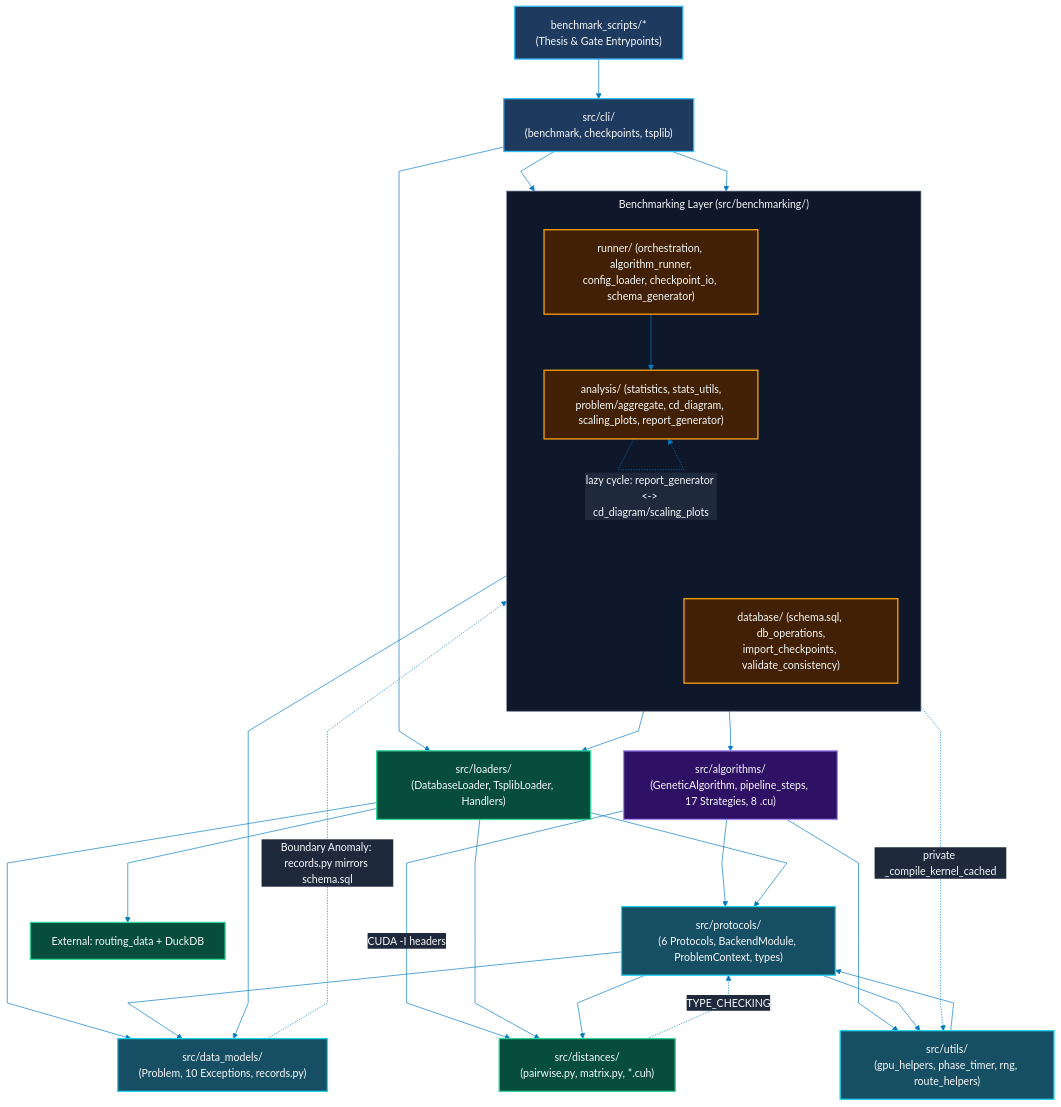
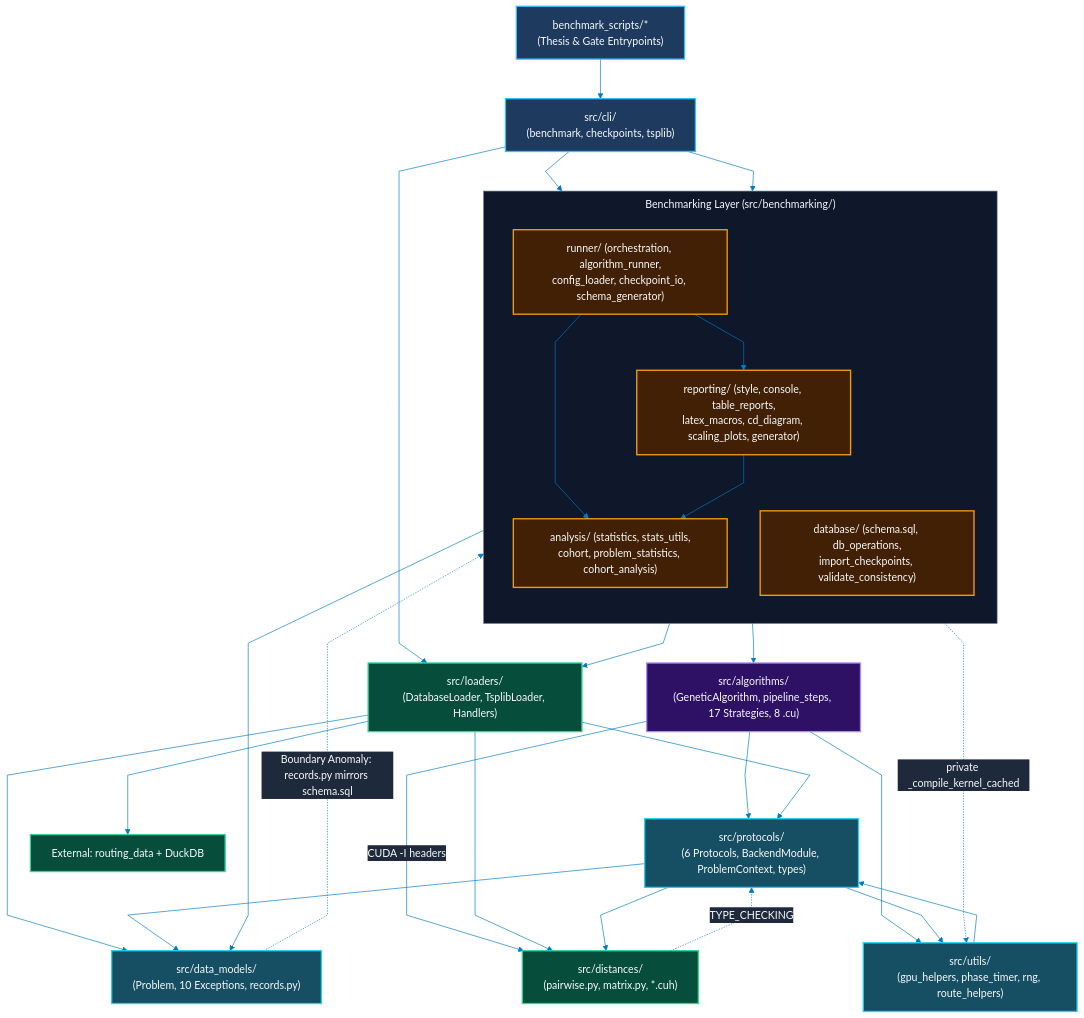
One commit to lucasgaldinos/tsp_gpu_clean changed the first of 4 diagrams in documentation/guide-project-architecture-blueprint.md. Above: the diagram before and after it, drawn with Mermaid. The commit also changed other lines of this file and 9 other files, not shown here.

````diff
--- a/documentation/guide-project-architecture-blueprint.md
+++ b/documentation/guide-project-architecture-blueprint.md
@@ -94,78 +94,80 @@
 ```mermaid
 ---
 config:
   theme: base
   themeVariables:
     darkMode: true
     background: "#0F172A"
     mainBkg: "#1E293B"
     primaryColor: "#1E293B"
     primaryTextColor: "#F8FAFC"
     primaryBorderColor: "#38BDF8"
     secondaryColor: "#1E3A5F"
     secondaryTextColor: "#F8FAFC"
     secondaryBorderColor: "#60A5FA"
     tertiaryColor: "#172554"
     tertiaryTextColor: "#F8FAFC"
     tertiaryBorderColor: "#818CF8"
     lineColor: "#027BC2"
     edgeLabelBackground: "#1E293B"
     textColor: "#F8FAFC"
     nodeTextColor: "#F8FAFC"
     clusterBkg: "#0F172A"
     clusterBorder: "#64748B"
     titleColor: "#F8FAFC"
   flowchart:
     nodeSpacing: 50
     rankSpacing: 60
     padding: 16
     wrappingWidth: 260
     curve: "linear"
     subGraphTitleMargin:
       top: 8
       bottom: 8
 ---
 flowchart TD
     classDef entry fill:#1E3A5F,stroke:#38BDF8,color:#F8FAFC,stroke-width:2px;
     classDef bench fill:#422006,stroke:#F59E0B,color:#F8FAFC,stroke-width:2px;
     classDef solver fill:#2E1065,stroke:#A78BFA,color:#F8FAFC,stroke-width:2px;
     classDef data fill:#064E3B,stroke:#34D399,color:#F8FAFC,stroke-width:2px;
     classDef found fill:#164E63,stroke:#22D3EE,color:#F8FAFC,stroke-width:2px;
     classDef anom fill:#4C0519,stroke:#FB7185,color:#F8FAFC,stroke-width:2px;
 
     SCRIPTS["benchmark_scripts/*<br/>(Thesis & Gate Entrypoints)"]:::entry --> CLI["src/cli/<br/>(benchmark, checkpoints, tsplib)"]:::entry
 
     subgraph BENCH["Benchmarking Layer (src/benchmarking/)"]
         direction TB
         ORCH["runner/ (orchestration, algorithm_runner,<br/>config_loader, checkpoint_io, schema_generator)"]:::bench
-        ANAL["analysis/ (statistics, stats_utils,<br/>problem/aggregate, cd_diagram, scaling_plots, report_generator)"]:::bench
+        ANAL["analysis/ (statistics, stats_utils,<br/>cohort, problem_statistics, cohort_analysis)"]:::bench
+        REPT["reporting/ (style, console, table_reports,<br/>latex_macros, cd_diagram, scaling_plots, generator)"]:::bench
         DB["database/ (schema.sql, db_operations,<br/>import_checkpoints, validate_consistency)"]:::bench
         ORCH --> ANAL
-        ANAL -. "lazy cycle: report_generator <-> cd_diagram/scaling_plots" .-> ANAL
+        ORCH --> REPT
+        REPT --> ANAL
     end
 
     CLI --> ORCH
     CLI --> DB
     CLI --> LOAD["src/loaders/<br/>(DatabaseLoader, TsplibLoader, Handlers)"]:::data
 
     ORCH --> ALG["src/algorithms/<br/>(GeneticAlgorithm, pipeline_steps, 17 Strategies, 8 .cu)"]:::solver
     ORCH --> LOAD
     ORCH -. "private _compile_kernel_cached" .-> UTIL["src/utils/<br/>(gpu_helpers, phase_timer, rng, route_helpers)"]:::found
     DB --> DM["src/data_models/<br/>(Problem, 10 Exceptions, records.py)"]:::found
 
     ALG --> PROTO["src/protocols/<br/>(6 Protocols, BackendModule, ProblemContext, types)"]:::found
     ALG --> UTIL
     ALG -- "CUDA -I headers" --> DIST["src/distances/<br/>(pairwise.py, matrix.py, *.cuh)"]:::data
 
     LOAD --> DM
     LOAD --> DIST
     LOAD --> PROTO
     LOAD --> RDATA["External: routing_data + DuckDB"]:::data
 
     PROTO --> DM
     PROTO --> DIST
     PROTO --> UTIL
     UTIL --> PROTO
     DIST -. "TYPE_CHECKING" .-> PROTO
     DM -. "Boundary Anomaly: records.py mirrors schema.sql" .-> DB
 ```
````
